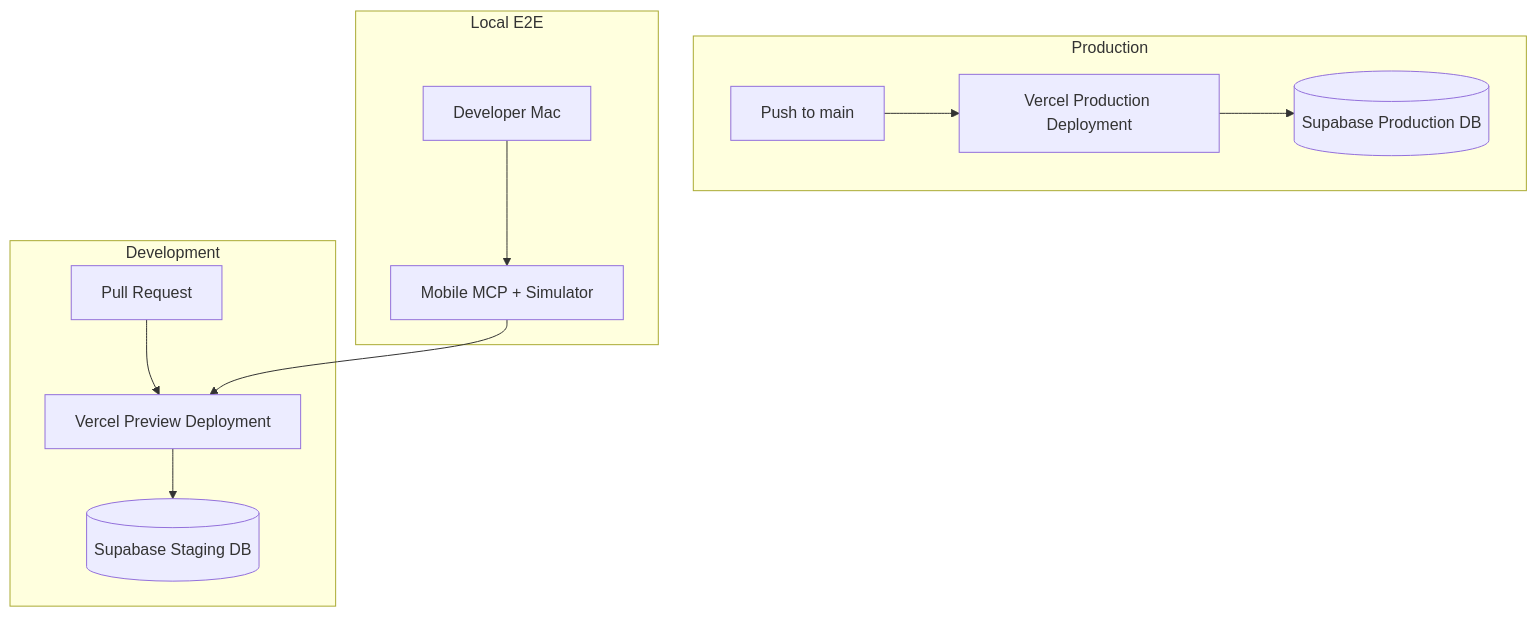
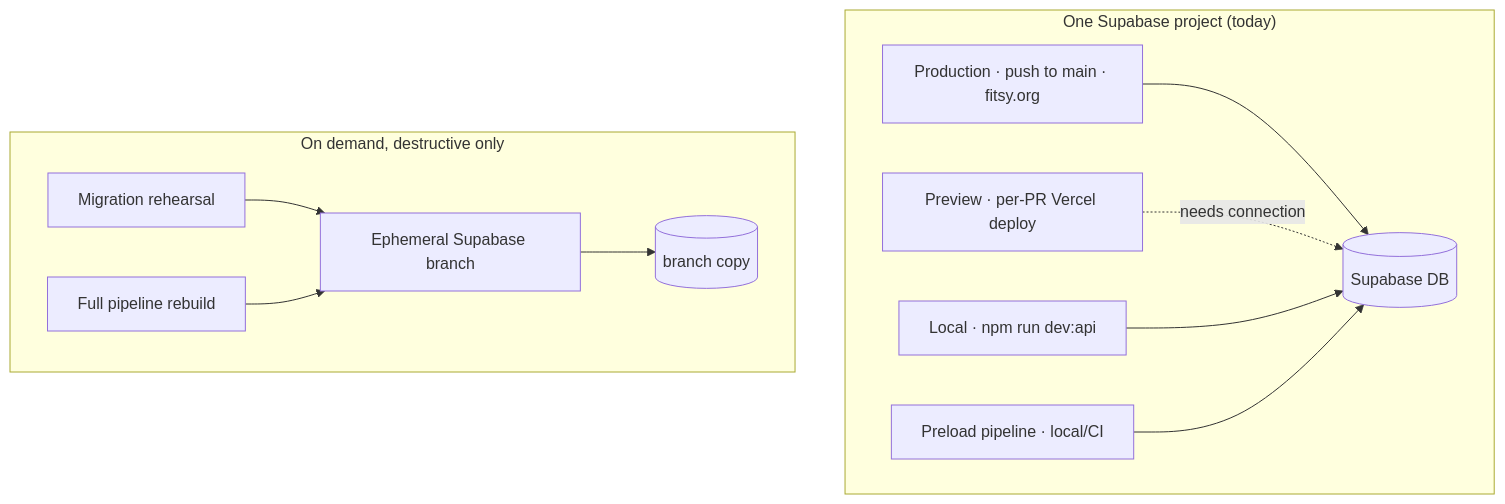
One commit to dgmolla/fitsy changed the diagram in docs/engineering/devops/staging-environment.md. Above: the diagram before and after it, drawn with Mermaid. The commit also changed other lines of this file and 1 other file, not shown here.

First line of the commit message:
docs(devops): document one-DB testing strategy + preview/branch action items

````diff
--- a/docs/engineering/devops/staging-environment.md
+++ b/docs/engineering/devops/staging-environment.md
@@ -11,17 +34,15 @@
 ```mermaid
 graph TB
-    subgraph "Development"
-        PR[Pull Request] --> VP[Vercel Preview Deployment]
-        VP --> StDB[(Supabase Staging DB)]
+    subgraph "One Supabase project (today)"
+        PROD[Production · push to main · fitsy.org] --> DB[(Supabase DB)]
+        PREVIEW[Preview · per-PR Vercel deploy] -.needs connection.-> DB
+        LOCAL[Local · npm run dev:api] --> DB
+        PIPE[Preload pipeline · local/CI] --> DB
     end
 
-    subgraph "Production"
-        MAIN[Push to main] --> PROD[Vercel Production Deployment]
-        PROD --> PRDB[(Supabase Production DB)]
-    end
-
-    subgraph "Local E2E"
-        DEV[Developer Mac] --> MCP[Mobile MCP + Simulator]
-        MCP --> VP
+    subgraph "On demand, destructive only"
+        MIG[Migration rehearsal] --> BR[Ephemeral Supabase branch]
+        REBUILD[Full pipeline rebuild] --> BR
+        BR --> BRDB[(branch copy)]
     end
 ```
````
